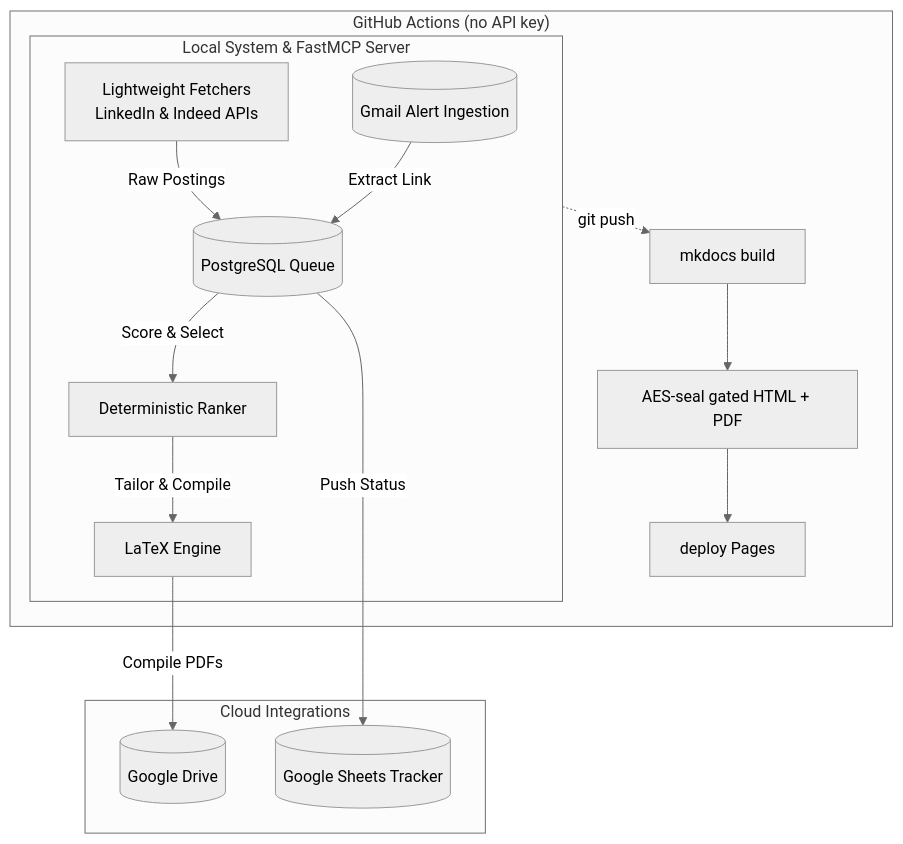
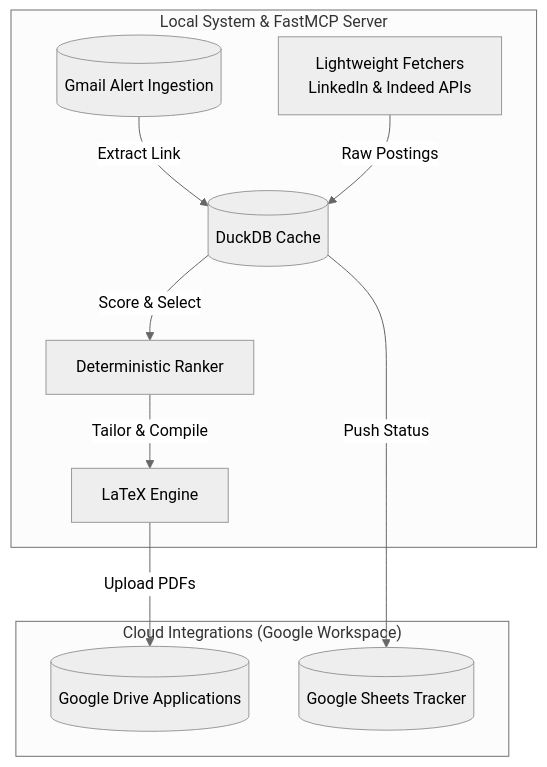
The diagram in doc-pages/projects/cv-tailor.md (radheem/my-cv), drawn with Mermaid (neutral theme) before and after one commit. The commit also changed other lines of this file, not shown here.

Commit message:
docs(cv-tailor): Align description with DuckDB and Google Drive publishing, removing stale details

````diff
--- a/doc-pages/projects/cv-tailor.md
+++ b/doc-pages/projects/cv-tailor.md
@@ -21,16 +17,13 @@
 ```mermaid
 flowchart TB
     subgraph local["Local System & FastMCP Server"]
-        GMAIL[(Gmail Alert Ingestion)] -->|Extract Link| QUEUE[(PostgreSQL Queue)]
+        GMAIL[(Gmail Alert Ingestion)] -->|Extract Link| QUEUE[(DuckDB Cache)]
         GUEST[Lightweight Fetchers<br/>LinkedIn & Indeed APIs] -->|Raw Postings| QUEUE
         QUEUE -->|Score & Select| RANK[Deterministic Ranker]
         RANK -->|Tailor & Compile| LaTeX[LaTeX Engine]
     end
-    subgraph cloud["Cloud Integrations"]
-        LaTeX -->|Compile PDFs| DRIVE[(Google Drive)]
+    subgraph cloud["Cloud Integrations (Google Workspace)"]
+        LaTeX -->|Upload PDFs| DRIVE[(Google Drive Applications)]
         QUEUE -->|Push Status| SHEETS[(Google Sheets Tracker)]
     end
-    subgraph ci["GitHub Actions (no API key)"]
-        local -.git push.-> MK[mkdocs build] --> ENC[AES-seal gated HTML + PDF] --> DEP[deploy Pages]
-    end
 ```
````
